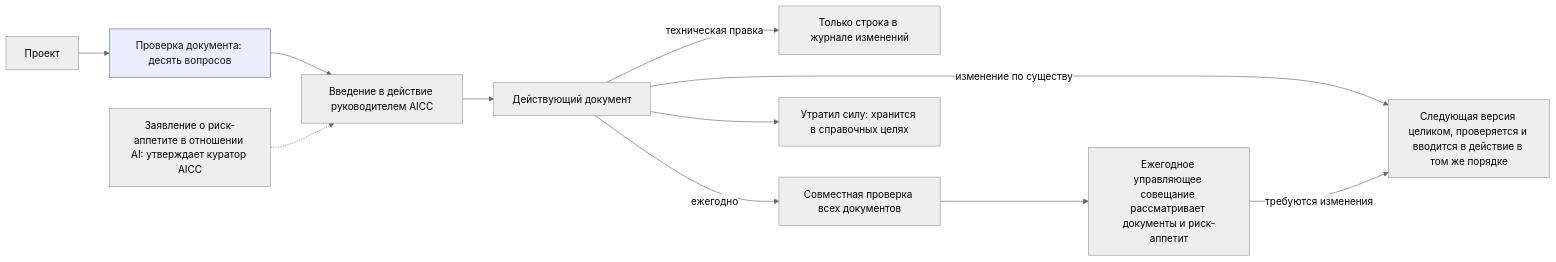
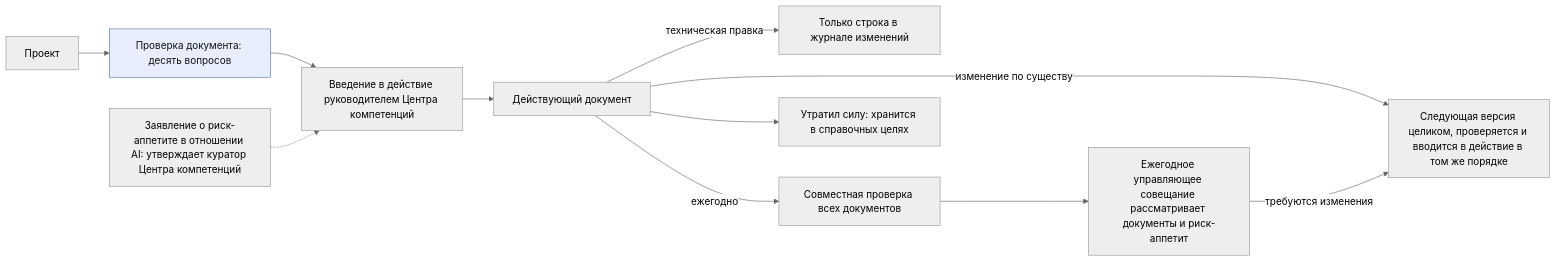
The sixth of 6 diagrams in charter/ru/workflows/unit-governance.md (devhogu/ob-aicc), drawn with Mermaid (neutral theme) before and after one commit. The commit also changed other lines of this file and 1149 other files, not shown here.

````diff
--- a/charter/ru/workflows/unit-governance.md
+++ b/charter/ru/workflows/unit-governance.md
@@ -171,12 +171,12 @@
 ```mermaid
 flowchart LR
-  D["Проект"] --> K["Проверка документа: десять вопросов"] --> A["Введение в действие руководителем AICC"] --> V["Действующий документ"]
-  AP["Заявление о риск-аппетите в отношении AI: утверждает куратор AICC"] -.-> A
+  D["Проект"] --> K["Проверка документа: десять вопросов"] --> A["Введение в действие руководителем Центра компетенций"] --> V["Действующий документ"]
+  AP["Заявление о риск-аппетите в отношении AI: утверждает куратор Центра компетенций"] -.-> A
   V -->|"изменение по существу"| N["Следующая версия целиком, проверяется и вводится в действие в том же порядке"]
   V -->|"техническая правка"| CL["Только строка в журнале изменений"]
   V -->|"ежегодно"| Y["Совместная проверка всех документов"] --> YS["Ежегодное управляющее совещание рассматривает документы и риск-аппетит"]
   YS -->|"требуются изменения"| N
   V --> DP["Утратил силу: хранится в справочных целях"]
   classDef gate fill:#e8eefc,stroke:#5a6fa8,color:#111
   class K gate
 ```
````
